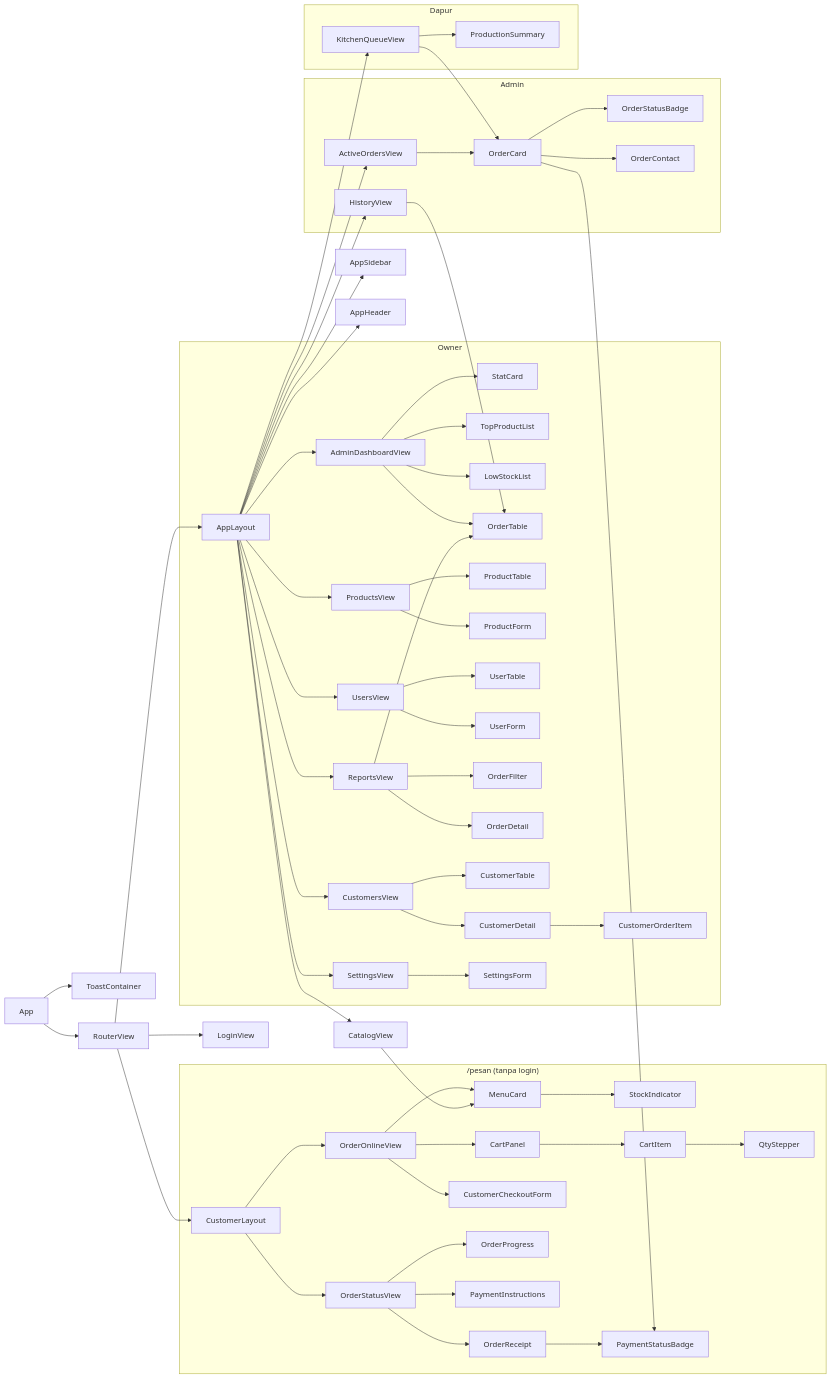
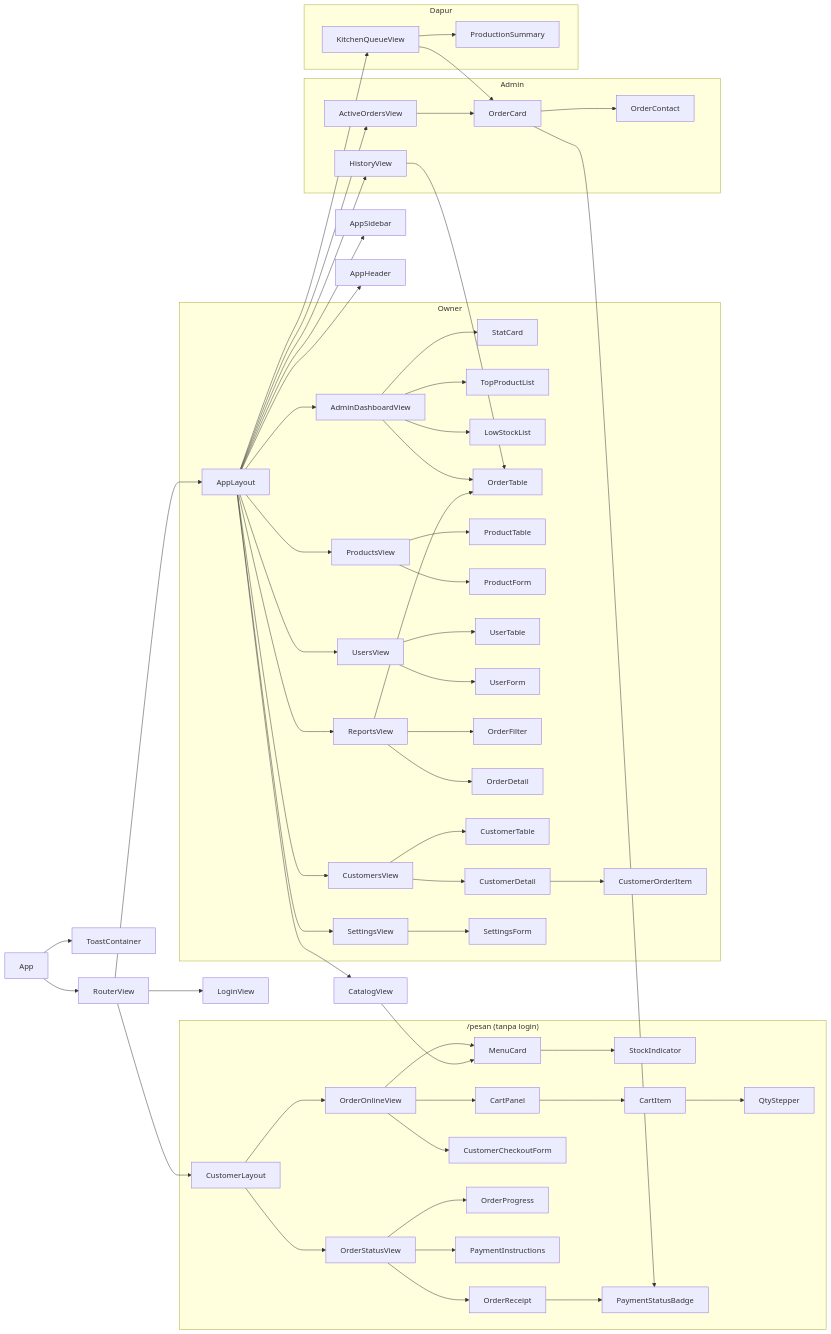
One commit to Fathulx/BakoelBunda changed the first of 2 diagrams in docs/perancangan.md. Above: the diagram before and after it, drawn with Mermaid. The commit also changed other lines of this file and 19 other files, not shown here.

````diff
--- a/docs/perancangan.md
+++ b/docs/perancangan.md
@@ -11,56 +11,55 @@
 ```mermaid
 flowchart LR
   App --> ToastContainer
   App --> RouterView
 
   RouterView --> CustomerLayout
   RouterView --> LoginView
   RouterView --> AppLayout
 
   subgraph Pembeli["/pesan (tanpa login)"]
     CustomerLayout --> OrderOnlineView
     CustomerLayout --> OrderStatusView
     OrderOnlineView --> MenuCard --> StockIndicator
     OrderOnlineView --> CartPanel --> CartItem --> QtyStepper
     OrderOnlineView --> CustomerCheckoutForm
     OrderStatusView --> OrderProgress
     OrderStatusView --> PaymentInstructions
     OrderStatusView --> OrderReceipt --> PaymentStatusBadge
   end
 
   AppLayout --> AppSidebar
   AppLayout --> AppHeader
 
   subgraph Owner
     AppLayout --> AdminDashboardView
     AdminDashboardView --> StatCard
     AdminDashboardView --> TopProductList
     AdminDashboardView --> LowStockList
     AdminDashboardView --> OrderTable
     AppLayout --> ProductsView --> ProductTable
     ProductsView --> ProductForm
     AppLayout --> UsersView --> UserTable
     UsersView --> UserForm
     AppLayout --> ReportsView --> OrderFilter
     ReportsView --> OrderTable
     ReportsView --> OrderDetail
     AppLayout --> CustomersView --> CustomerTable
     CustomersView --> CustomerDetail --> CustomerOrderItem
     AppLayout --> SettingsView --> SettingsForm
   end
 
   subgraph AdminRole["Admin"]
     AppLayout --> ActiveOrdersView --> OrderCard
     AppLayout --> HistoryView --> OrderTable
-    OrderCard --> OrderStatusBadge
     OrderCard --> PaymentStatusBadge
     OrderCard --> OrderContact
   end
 
   subgraph Dapur
     AppLayout --> KitchenQueueView --> ProductionSummary
     KitchenQueueView --> OrderCard
   end
 
   AppLayout --> CatalogView --> MenuCard
 ```
````
